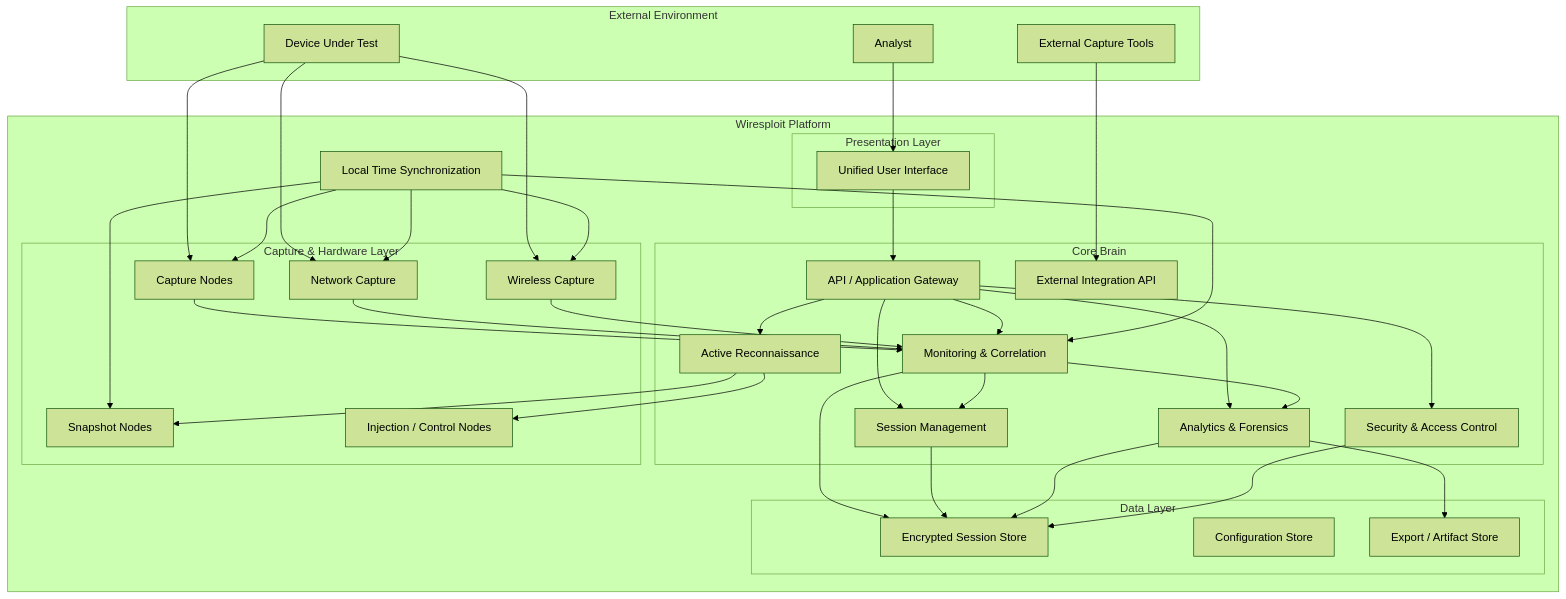
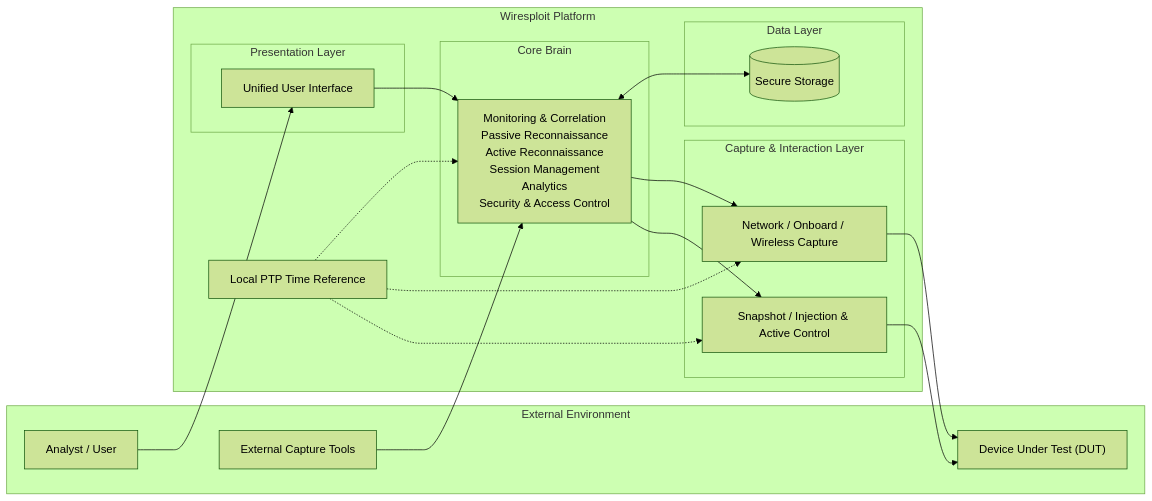
The second of 15 diagrams in docs/01_Requirements/01_SysRS/05_System_Architecture.md (EG-ETCS/wiresploit), drawn with Mermaid (forest theme) before and after one commit. The commit also changed other lines of this file, not shown here.

Commit message:
Refactor system architecture diagrams: Updated Sections 4 and 5 with clear and simplified diagrams.

````diff
--- a/docs/01_Requirements/01_SysRS/05_System_Architecture.md
+++ b/docs/01_Requirements/01_SysRS/05_System_Architecture.md
@@ -107,79 +102,52 @@
 ```mermaid
-flowchart TB
+flowchart LR
 
+    %% External Environment
     subgraph ExternalEnvironment["External Environment"]
-        Analyst["Analyst"]
+        Analyst["Analyst / User"]
         ExternalTools["External Capture Tools"]
-        DUT["Device Under Test"]
+        DUT["Device Under Test (DUT)"]
     end
 
+    %% Wiresploit Platform
     subgraph WiresploitPlatform["Wiresploit Platform"]
-        
+
         subgraph Presentation["Presentation Layer"]
             UI["Unified User Interface"]
         end
 
         subgraph Core["Core Brain"]
-            API["API / Application Gateway"]
-            Monitoring["Monitoring & Correlation"]
-            Session["Session Management"]
-            Analytics["Analytics & Forensics"]
-            Active["Active Reconnaissance"]
-            Security["Security & Access Control"]
-            Integration["External Integration API"]
+            CoreBrain["Monitoring & Correlation<br/>Passive Reconnaissance<br/>Active Reconnaissance<br/>Session Management<br/>Analytics<br/>Security & Access Control"]
         end
 
         subgraph Data["Data Layer"]
-            SessionStore["Encrypted Session Store"]
-            ConfigStore["Configuration Store"]
-            ExportStore["Export / Artifact Store"]
+            Storage[("Secure Storage")]
         end
 
-        subgraph Hardware["Capture & Hardware Layer"]
-            Capture["Capture Nodes"]
-            Network["Network Capture"]
-            Wireless["Wireless Capture"]
-            Snapshot["Snapshot Nodes"]
-            Injection["Injection / Control Nodes"]
+        subgraph Hardware["Capture & Interaction Layer"]
+            Capture["Network / Onboard / Wireless Capture"]
+            Interaction["Snapshot / Injection & Active Control"]
         end
 
-        TimeSync["Local Time Synchronization"]
+        TimeSync["Local PTP Time Reference"]
+
+        UI --> CoreBrain
+        CoreBrain <--> Storage
+        CoreBrain --> Capture
+        CoreBrain --> Interaction
+
     end
 
+    %% External Connections
     Analyst --> UI
-    ExternalTools --> Integration
-    DUT --> Capture
-    DUT --> Network
-    DUT --> Wireless
+    ExternalTools --> CoreBrain
 
-    UI --> API
+    %% DUT Connections
+    Capture --> DUT
+    Interaction --> DUT
 
-    API --> Monitoring
-    API --> Session
-    API --> Analytics
-    API --> Active
-    API --> Security
-
-    Monitoring --> Session
-    Monitoring --> Analytics
-
-    Active --> Injection
-    Active --> Snapshot
-
-    Capture --> Monitoring
-    Network --> Monitoring
-    Wireless --> Monitoring
-
-    Monitoring --> SessionStore
-    Session --> SessionStore
-
-    Analytics --> SessionStore
-    Analytics --> ExportStore
-
-    Security --> SessionStore
-    TimeSync --> Capture
-    TimeSync --> Network
-    TimeSync --> Wireless
-    TimeSync --> Snapshot
-    TimeSync --> Monitoring
+    %% Time Synchronization
+    TimeSync -.-> CoreBrain
+    TimeSync -.-> Capture
+    TimeSync -.-> Interaction
 ```
````
